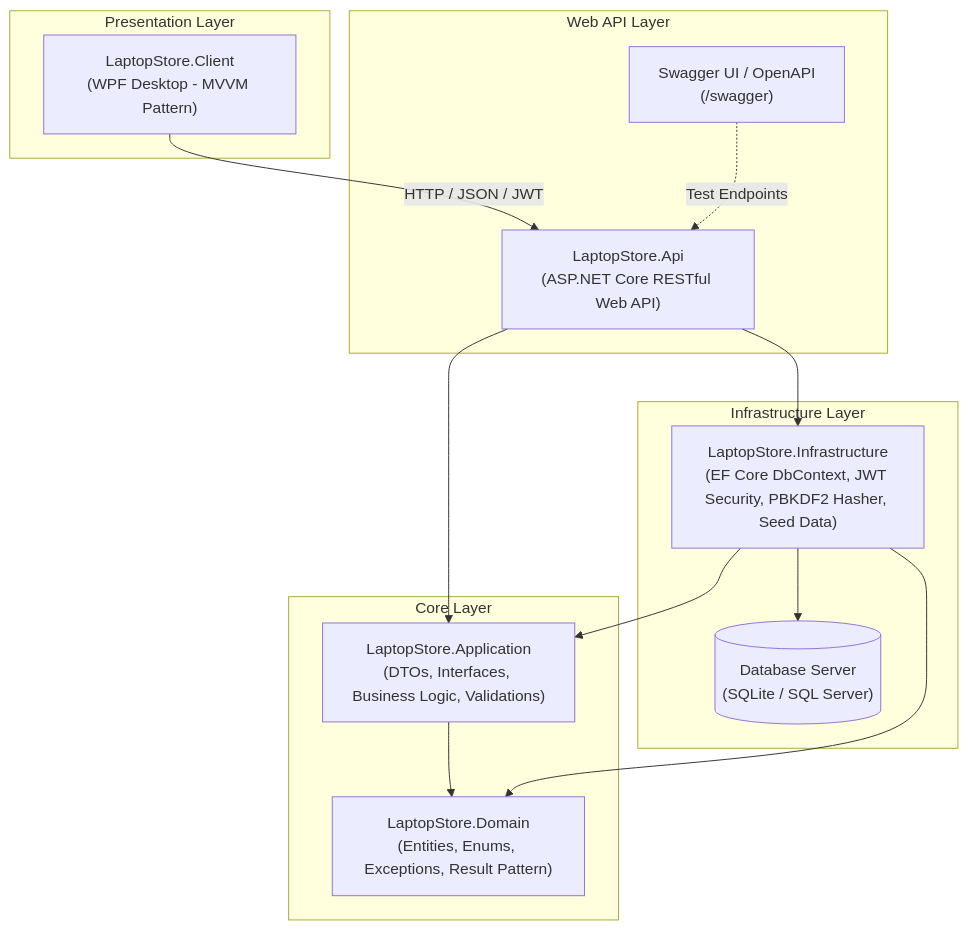
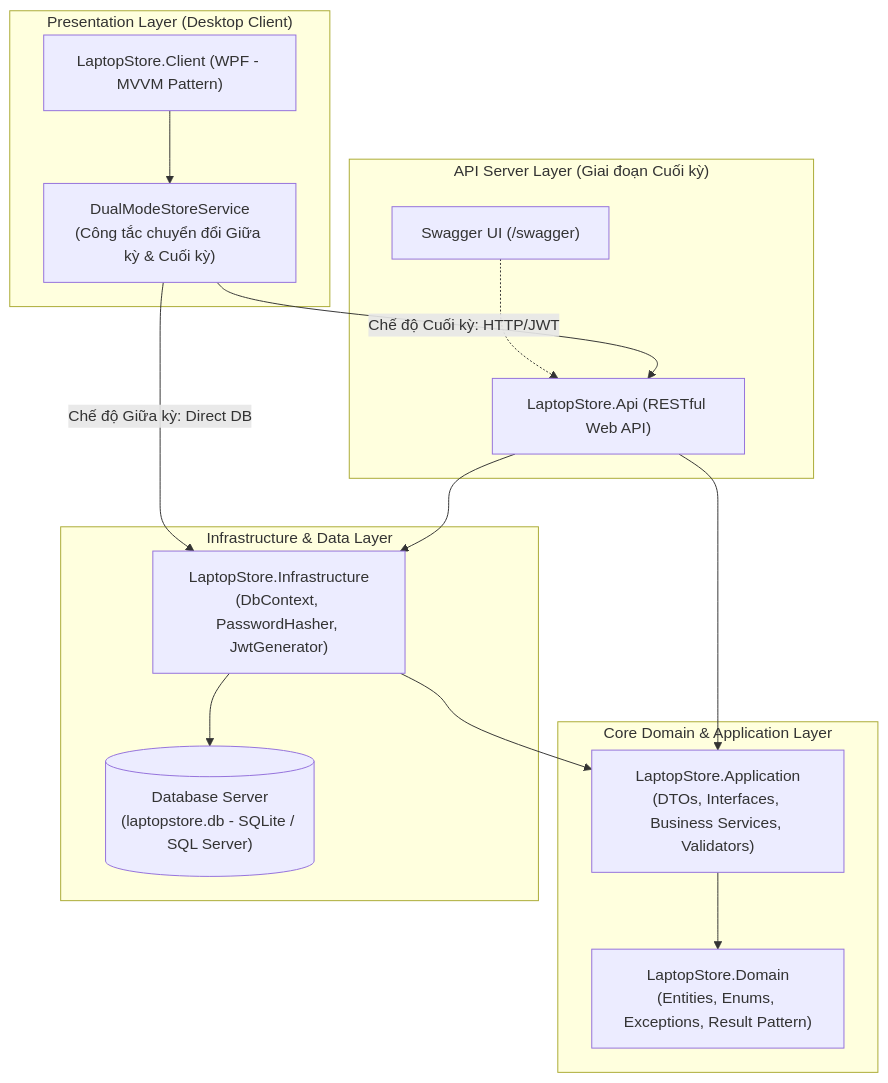
The diagram in README.md (DQuoc31/CSC13001-finalProject), drawn with Mermaid before and after one commit. The commit also changed other lines of this file and 6 other files, not shown here.

````diff
--- a/README.md
+++ b/README.md
@@ -69,30 +113,32 @@
 ```mermaid
 flowchart TD
-    subgraph UI_LAYER["Presentation Layer"]
-        Client["LaptopStore.Client\n(WPF Desktop - MVVM Pattern)"]
+    subgraph UI_LAYER["Presentation Layer (Desktop Client)"]
+        Client["LaptopStore.Client (WPF - MVVM Pattern)"]
+        DualMode["DualModeStoreService\n(Công tắc chuyển đổi Giữa kỳ & Cuối kỳ)"]
+        Client --> DualMode
     end
 
-    subgraph API_LAYER["Web API Layer"]
-        Api["LaptopStore.Api\n(ASP.NET Core RESTful Web API)"]
-        Swagger["Swagger UI / OpenAPI\n(/swagger)"]
+    subgraph API_LAYER["API Server Layer (Giai đoạn Cuối kỳ)"]
+        Api["LaptopStore.Api (RESTful Web API)"]
+        Swagger["Swagger UI (/swagger)"]
+        Swagger -.-> Api
     end
 
-    subgraph APP_LAYER["Core Layer"]
-        App["LaptopStore.Application\n(DTOs, Interfaces, Business Logic, Validations)"]
+    subgraph CORE_LAYER["Core Domain & Application Layer"]
+        App["LaptopStore.Application\n(DTOs, Interfaces, Business Services, Validators)"]
         Domain["LaptopStore.Domain\n(Entities, Enums, Exceptions, Result Pattern)"]
+        App --> Domain
     end
 
-    subgraph INFRA_LAYER["Infrastructure Layer"]
-        Infra["LaptopStore.Infrastructure\n(EF Core DbContext, JWT Security, PBKDF2 Hasher, Seed Data)"]
-        DB[("Database Server\n(SQLite / SQL Server)")]
+    subgraph INFRA_LAYER["Infrastructure & Data Layer"]
+        Infra["LaptopStore.Infrastructure\n(DbContext, PasswordHasher, JwtGenerator)"]
+        DB[("Database Server\n(laptopstore.db - SQLite / SQL Server)")]
+        Infra --> DB
     end
 
-    Client -->|HTTP / JSON / JWT| Api
-    Swagger -.->|Test Endpoints| Api
+    DualMode -->|Chế độ Giữa kỳ: Direct DB| Infra
+    DualMode -->|Chế độ Cuối kỳ: HTTP/JWT| Api
     Api --> App
     Api --> Infra
-    App --> Domain
     Infra --> App
-    Infra --> Domain
-    Infra --> DB
 ```
````
